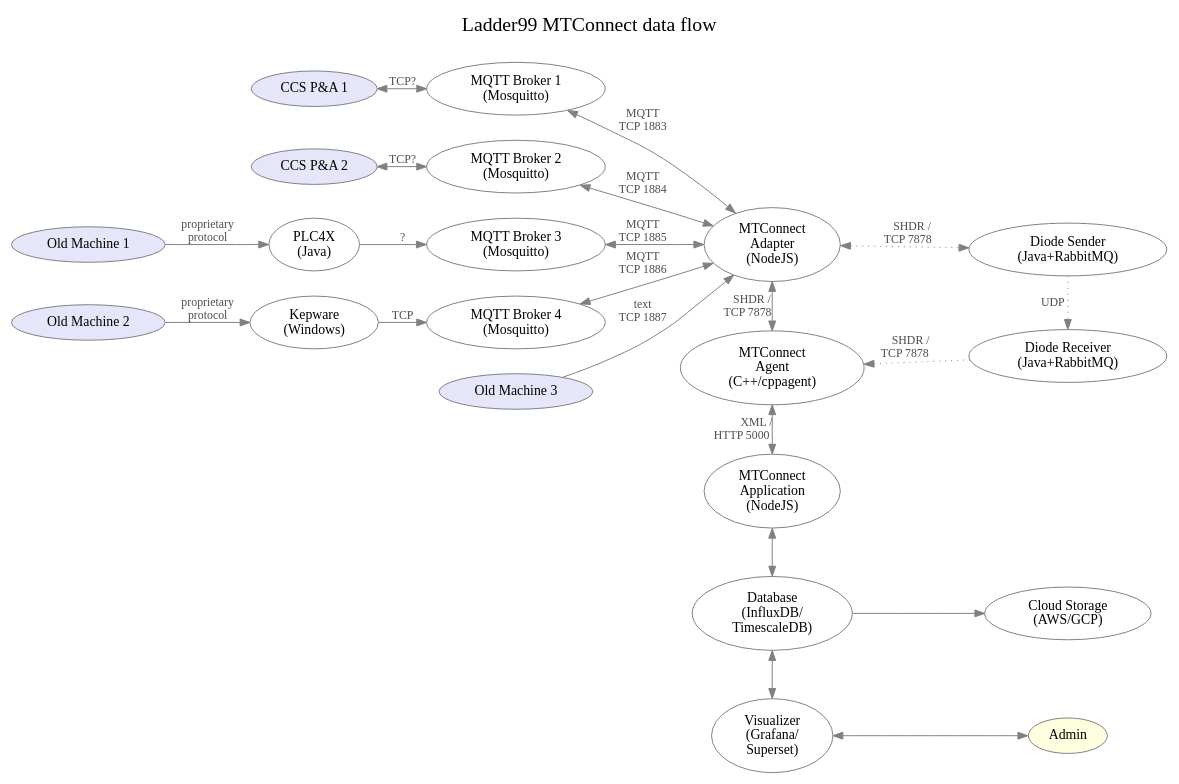
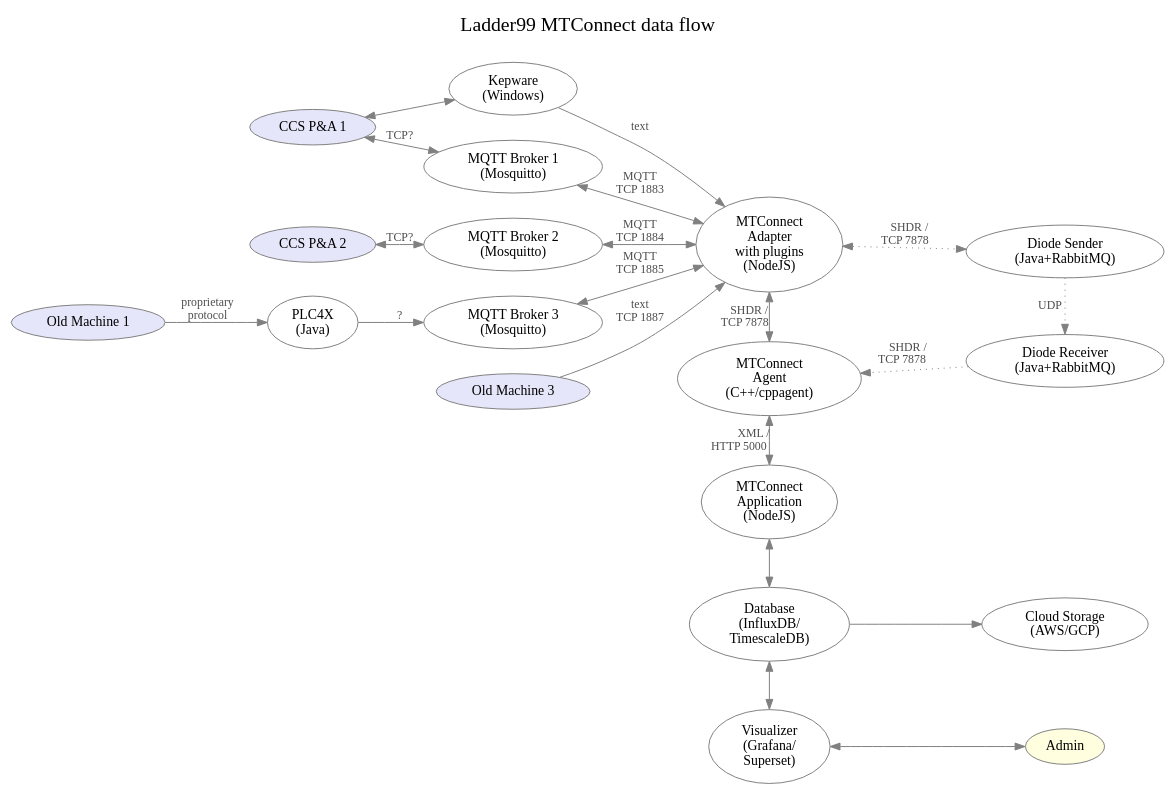
One commit to Ladder99/ladder99 changed the diagram in design/architecture.dot. Above: the diagram before and after it, drawn with Graphviz. The commit also changed 1 other file, not shown here.

```diff
--- a/design/architecture.dot
+++ b/design/architecture.dot
@@ -1,88 +1,90 @@
 digraph "ladder99-adapter" {
 
   // styles
   graph [ label="Ladder99 MTConnect data flow\n "; color=lightgray; ];
   graph [ fontsize=20 ];
   graph [ labelloc=t ];
   graph [ ranksep=0.2 ];
   graph [ nodesep=0.35 ];
   graph [ rankdir=LR; ] // left-to-right
   node [ color=gray; fillcolor=white; style=filled ];
   edge [ color=gray ];
   edge [ fontsize=12; fontcolor=gray30; ];
 
   // nodes
   PA1 [ fillcolor=lavender; label="CCS P&A 1" ];
   PA2 [ fillcolor=lavender; label="CCS P&A 2" ];
   OldMachine [ fillcolor=lavender; label="Old Machine 1" ];
   PLC4X [ label="PLC4X\n(Java)" ];
-  OldMachine2 [ fillcolor=lavender; label="Old Machine 2" ];
+  // OldMachine2 [ fillcolor=lavender; label="Old Machine 2" ];
   Kepware [ label="Kepware\n(Windows)"];
   Broker1 [ label="MQTT Broker 1\n(Mosquitto)" ];
   Broker2 [ label="MQTT Broker 2\n(Mosquitto)" ];
   Broker3 [ label="MQTT Broker 3\n(Mosquitto)" ];
-  Broker4 [ label="MQTT Broker 4\n(Mosquitto)" ];
+  // Broker4 [ label="MQTT Broker 4\n(Mosquitto)" ];
   OldMachine3 [ fillcolor=lavender; label="Old Machine 3" ];
-  Adapter [ label="MTConnect\nAdapter\n(NodeJS)" ];
+  Adapter [ label="MTConnect\nAdapter\nwith plugins\n(NodeJS)" ];
   // Device1Sheet [ fillcolor=greenyellow; label="device1.sheet" ];
   // Device1Yaml [ fillcolor=greenyellow; label="device1.yaml" ];
   // Device1Js [ label="device1.js" ];
   // Device2Sheet [ fillcolor=greenyellow; label="device2.sheet" ];
   // Device2Yaml [ fillcolor=greenyellow; label="device2.yaml" ];
   // Device2Js [ label="device2.js" ];
   DiodeSender [ label="Diode Sender\n(Java+RabbitMQ)" ];
   DiodeReceiver [ label="Diode Receiver\n(Java+RabbitMQ)" ];
   // DevicesXml [ label="devices.xml" ];
   Agent [ label="MTConnect\nAgent\n(C++/cppagent)" ];
   Application [ label="MTConnect\nApplication\n(NodeJS)" ];
   Database [ label="Database\n(InfluxDB/\nTimescaleDB)" ];
   Visualizer [ label="Visualizer\n(Grafana/\nSuperset)" ];
   Cloud [ label="Cloud Storage\n(AWS/GCP)" ];
   Admin [ fillcolor=lightyellow ];
   // LOI [ label="LOI\n(SvelteJS)" ];
   // Operator [ fillcolor=lightyellow ];
 
   // edges
   PA1 -> Broker1 [ label="TCP?", dir=both ];
+  PA1 -> Kepware [ label="", dir=both ];
   PA2 -> Broker2 [ label="TCP?", dir=both ];
   OldMachine -> PLC4X [ label="proprietary\nprotocol" ];
   PLC4X -> Broker3 [ label="?" ];
-  OldMachine2 -> Kepware [ label="proprietary\nprotocol" ];
-  Kepware -> Broker4 [ label="TCP" ];
+  // OldMachine2 -> Kepware [ label="proprietary\nprotocol" ];
+  // Kepware -> Broker4 [ label="TCP" ];
+  Kepware -> Adapter [ label="text" ];
   OldMachine3 -> Adapter [ label="text\nTCP 1887" ];
   Broker1 -> Adapter [ label="MQTT\nTCP 1883", dir=both ];
   Broker2 -> Adapter [ label="MQTT\nTCP 1884", dir=both ];
   Broker3 -> Adapter [ label="MQTT\nTCP 1885", dir=both ];
-  Broker4 -> Adapter [ label="MQTT\nTCP 1886", dir=both ];
+  // Broker4 -> Adapter [ label="MQTT\nTCP 1886", dir=both ];
   
   Adapter -> Agent [ label="SHDR /   \nTCP 7878      ", dir=both ];
 
   Adapter -> DiodeSender [ label="SHDR /   \nTCP 7878      ", dir=both, style=dotted ];
   DiodeSender -> DiodeReceiver [ label="UDP    ", style=dotted ];
   DiodeReceiver -> Agent [ label="SHDR /    \nTCP 7878        ", style=dotted ];
   
   // Device1Sheet -> Device1Yaml [ label="feeds into" ];
   // Device1Yaml -> Device1Js [ label="generates" ];
   // Device1Js -> Proxy1 [ label="used by" ];
   // Device2Sheet -> Device2Yaml [ label="feeds into" ];
   // Device2Yaml -> Device2Js [ label="generates" ];
   // Device2Js -> Proxy2 [ label="used by" ];
   // Device1Yaml -> DevicesXml [ label="generates" ];
   // Device2Yaml -> DevicesXml [ label="generates" ];
   // DiodeSender -> DiodeReceiver [ label="UDP    " ];
   // DiodeReceiver -> Agent [ label="SHDR /    \nTCP 7878        " ];
   // Adapter -> Agent [ label="SHDR/\nTCP 7878" ];
   // DevicesXml -> Agent [ label="used by" ];
   Agent -> Application [ dir=both; label="XML / \nHTTP 5000          " ];
   Application -> Database [ dir=both ];
   Database -> Visualizer [ dir=both ];
   Database -> Cloud;
   Visualizer -> Admin [ dir=both ];
   // Application -> LOI;
   // LOI -> Operator;
 
   // rank
   // { rank=same; DiodeSender DiodeReceiver Agent Application Database Visualizer };
   { rank=same; Adapter Agent Application Database Visualizer };
   { rank=same; DiodeSender DiodeReceiver Cloud Admin };
 }
```
